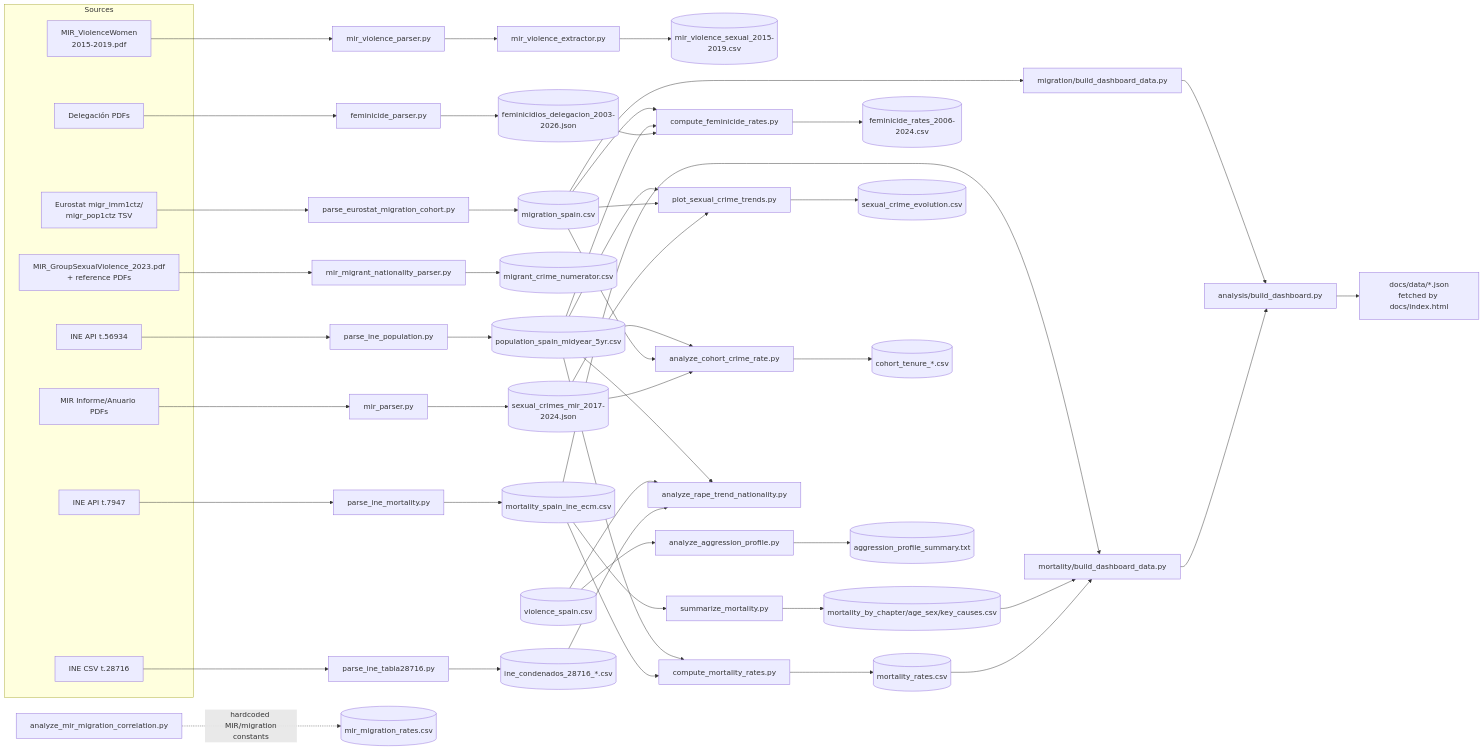
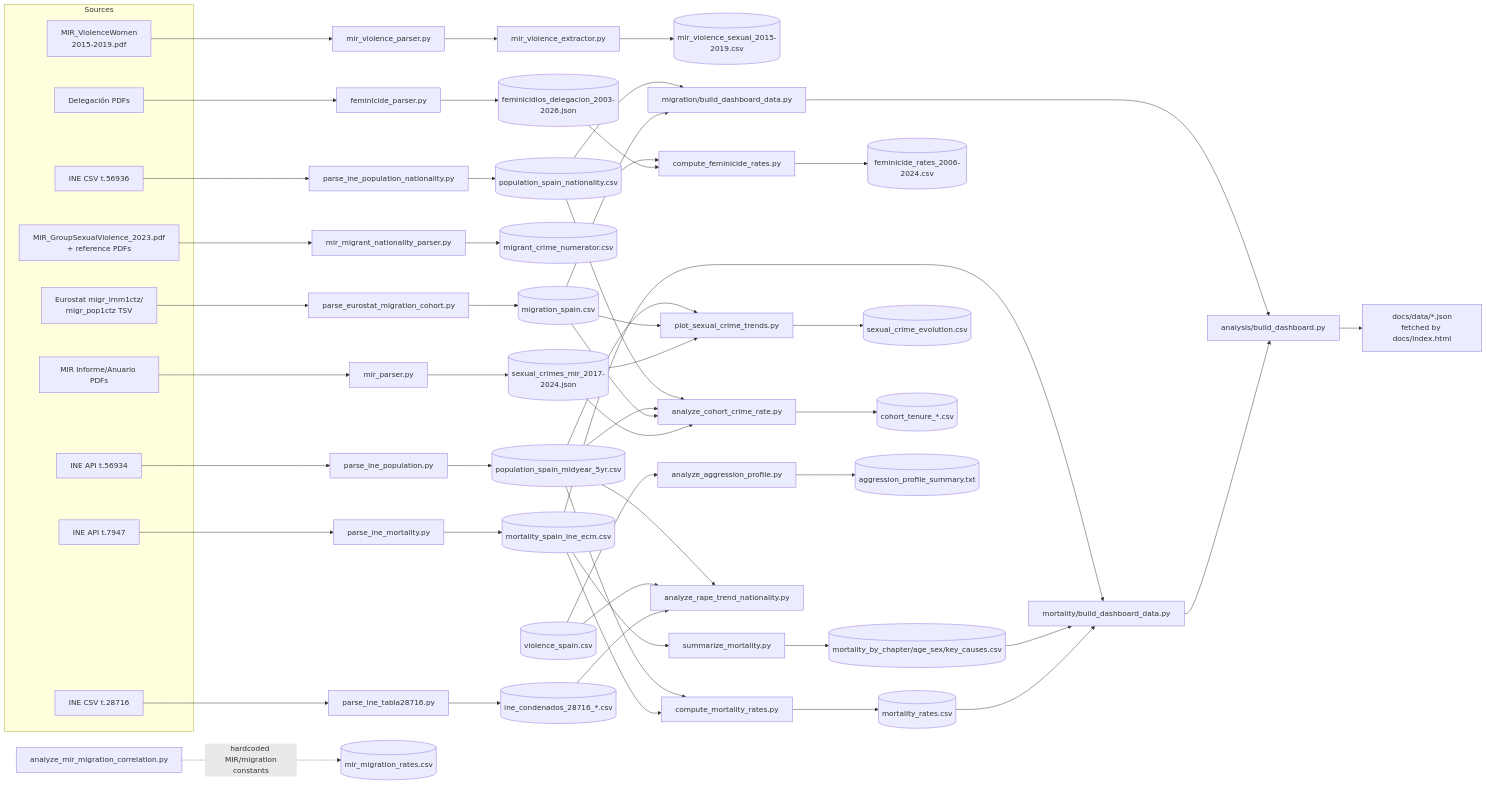
Before and after one commit to JavierGOrdonnez/SVS: the diagram in data/PIPELINE.md, drawn with Mermaid. The commit also changed other lines of this file and 35 other files, not shown here.

````diff
--- a/data/PIPELINE.md
+++ b/data/PIPELINE.md
@@ -72,59 +73,62 @@
 ```mermaid
 flowchart LR
   subgraph Sources
     PDF_FEM[Delegación PDFs]
     PDF_MIR[MIR Informe/Anuario PDFs]
     PDF_MIRV[MIR_ViolenceWomen<br/>2015-2019.pdf]
     PDF_GRP[MIR_GroupSexualViolence_2023.pdf<br/>+ reference PDFs]
     API_POP[INE API t.56934]
+    API_POPNAT[INE CSV t.56936]
     API_MORT[INE API t.7947]
     URL_28716[INE CSV t.28716]
     TSV_EURO[Eurostat migr_imm1ctz/<br/>migr_pop1ctz TSV]
   end
 
   PDF_FEM --> feminicide_parser.py --> JSON_FEM[(feminicidios_delegacion_2003-2026.json)]
   PDF_MIR --> mir_parser.py --> JSON_MIR[(sexual_crimes_mir_2017-2024.json)]
   PDF_MIRV --> mir_violence_parser.py --> mir_violence_extractor.py --> CSV_MIRV[(mir_violence_sexual_2015-2019.csv)]
   PDF_GRP --> mir_migrant_nationality_parser.py --> CSV_MIG[(migrant_crime_numerator.csv)]
   API_POP --> parse_ine_population.py --> CSV_POP[(population_spain_midyear_5yr.csv)]
+  API_POPNAT --> parse_ine_population_nationality.py --> CSV_POPNAT[(population_spain_nationality.csv)]
   API_MORT --> parse_ine_mortality.py --> CSV_ECM[(mortality_spain_ine_ecm.csv)]
   CSV_ECM --> summarize_mortality.py --> CSV_MORTSUM[(mortality_by_chapter/age_sex/key_causes.csv)]
   URL_28716 --> parse_ine_tabla28716.py --> CSV_28716[(ine_condenados_28716_*.csv)]
   TSV_EURO --> parse_eurostat_migration_cohort.py --> CSV_MIGR[(migration_spain.csv)]
 
   JSON_FEM --> compute_feminicide_rates.py
-  CSV_POP --> compute_feminicide_rates.py
-  CSV_MIGR --> compute_feminicide_rates.py
+  CSV_POPNAT --> compute_feminicide_rates.py
   compute_feminicide_rates.py --> CSV_FEMRATE[(feminicide_rates_2006-2024.csv)]
 
   CSV_ECM --> compute_mortality_rates.py
   CSV_POP --> compute_mortality_rates.py
   compute_mortality_rates.py --> CSV_MORTRATE[(mortality_rates.csv)]
 
   CSV_MORTRATE --> MORT_BUILD[mortality/build_dashboard_data.py]
   CSV_MORTSUM --> MORT_BUILD
   CSV_ECM --> MORT_BUILD
   MORT_BUILD --> ORCH[analysis/build_dashboard.py]
 
   CSV_MIGR --> MIGR_BUILD[migration/build_dashboard_data.py] --> ORCH
+  CSV_POPNAT --> MIGR_BUILD
 
   ORCH --> DASH1[docs/data/*.json<br/>fetched by docs/index.html]
 
   JSON_MIR --> plot_sexual_crime_trends.py
   CSV_MIGR --> plot_sexual_crime_trends.py
   CSV_POP --> plot_sexual_crime_trends.py
   plot_sexual_crime_trends.py --> CSV_TREND[(sexual_crime_evolution.csv)]
 
   JSON_MIR --> analyze_cohort_crime_rate.py
   CSV_MIGR --> analyze_cohort_crime_rate.py
   CSV_POP --> analyze_cohort_crime_rate.py
+  CSV_POPNAT --> analyze_cohort_crime_rate.py
   analyze_cohort_crime_rate.py --> CSV_COHORT[(cohort_tenure_*.csv)]
 
   CSV_28716 --> analyze_rape_trend_nationality.py
   CSV_VIOL[(violence_spain.csv)] --> analyze_rape_trend_nationality.py
   CSV_POP --> analyze_rape_trend_nationality.py
 
   CSV_VIOL --> analyze_aggression_profile.py --> TXT_AGG[(aggression_profile_summary.txt)]
 
   analyze_mir_migration_correlation.py -. hardcoded MIR/migration<br/>constants .-> CSV_CORR[(mir_migration_rates.csv)]
 ```
````
